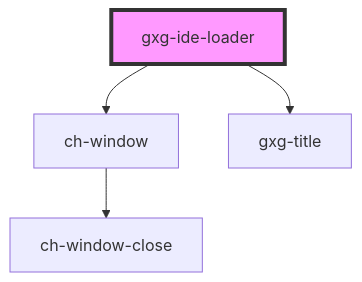
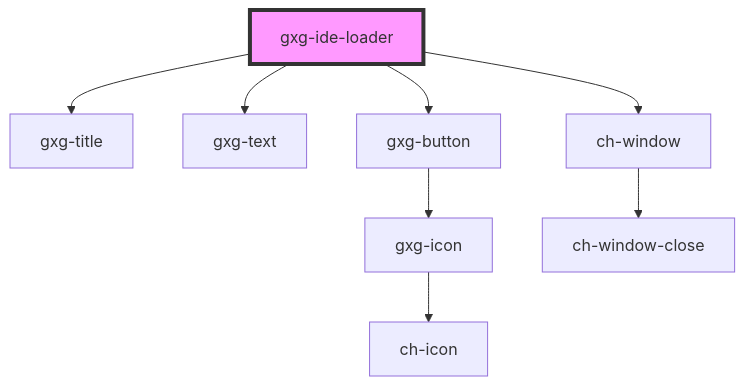
The diagram in src/components/ide-loader/readme.md (genexuslabs/gemini), drawn with Mermaid before and after one commit. The commit also changed other lines of this file and 7 other files, not shown here.

````diff
--- a/src/components/ide-loader/readme.md
+++ b/src/components/ide-loader/readme.md
@@ -23,7 +27,11 @@
 ```mermaid
 graph TD;
+  gxg-ide-loader --> gxg-title
+  gxg-ide-loader --> gxg-text
+  gxg-ide-loader --> gxg-button
   gxg-ide-loader --> ch-window
-  gxg-ide-loader --> gxg-title
+  gxg-button --> gxg-icon
+  gxg-icon --> ch-icon
   ch-window --> ch-window-close
   style gxg-ide-loader fill:#f9f,stroke:#333,stroke-width:4px
 ```
````
